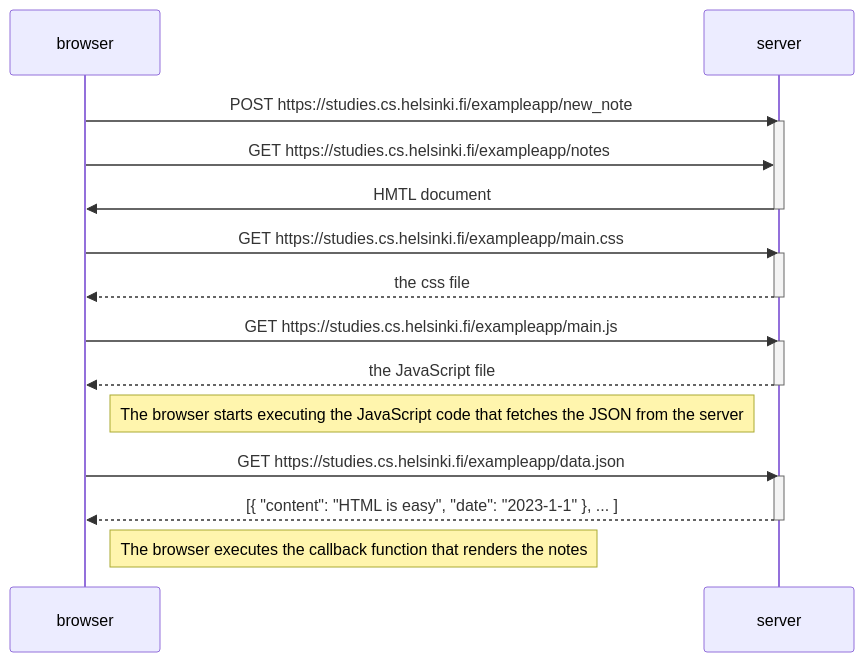
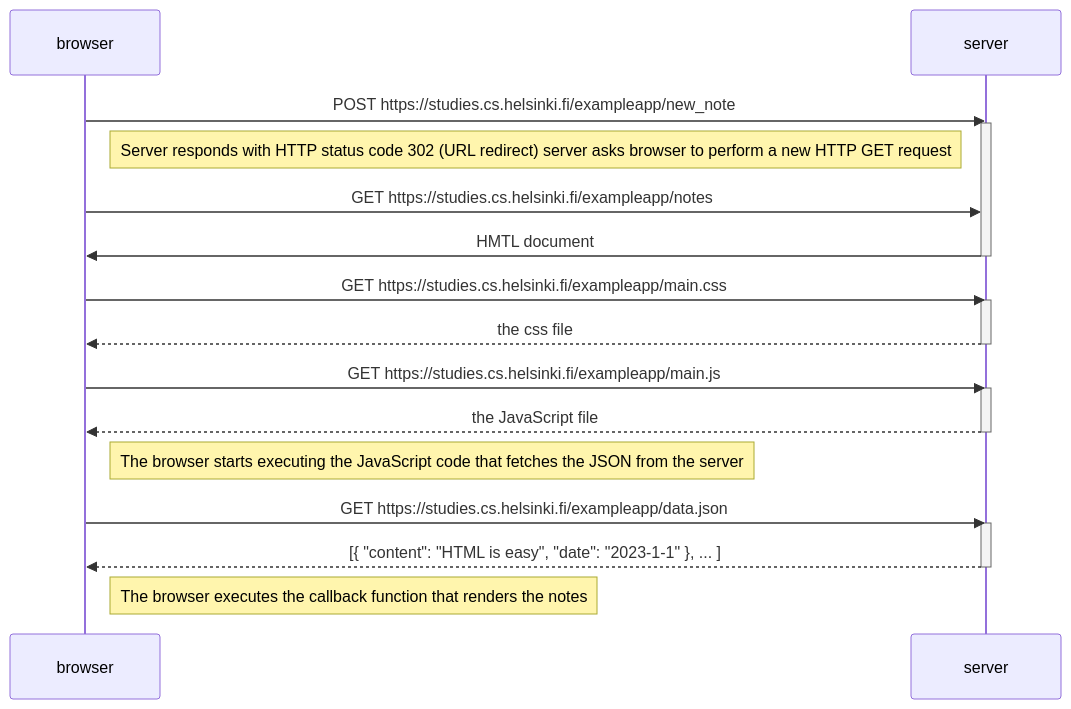
Before and after one commit to aasalaz2/Full-Stack-Open: the first of 3 diagrams in part0/diagram.md, drawn with Mermaid. The commit also changed other lines of this file, not shown here.

````diff
--- a/part0/diagram.md
+++ b/part0/diagram.md
@@ -1,30 +3,31 @@
 ```mermaid
 sequenceDiagram
     participant browser
     participant server
 
     browser->>server: POST https://studies.cs.helsinki.fi/exampleapp/new_note
     activate server
+    Note left of server: Server responds with HTTP status code 302 (URL redirect) server asks browser to perform a new HTTP GET request
     browser->>server: GET https://studies.cs.helsinki.fi/exampleapp/notes
     server->>browser: HMTL document
     deactivate server
 
     browser->>server: GET https://studies.cs.helsinki.fi/exampleapp/main.css
     activate server
     server-->>browser: the css file
     deactivate server
 
     browser->>server: GET https://studies.cs.helsinki.fi/exampleapp/main.js
     activate server
     server-->>browser: the JavaScript file
     deactivate server
 
     Note right of browser: The browser starts executing the JavaScript code that fetches the JSON from the server
 
     browser->>server: GET https://studies.cs.helsinki.fi/exampleapp/data.json
     activate server
     server-->>browser: [{ "content": "HTML is easy", "date": "2023-1-1" }, ... ]
     deactivate server
 
     Note right of browser: The browser executes the callback function that renders the notes
 ```
````
